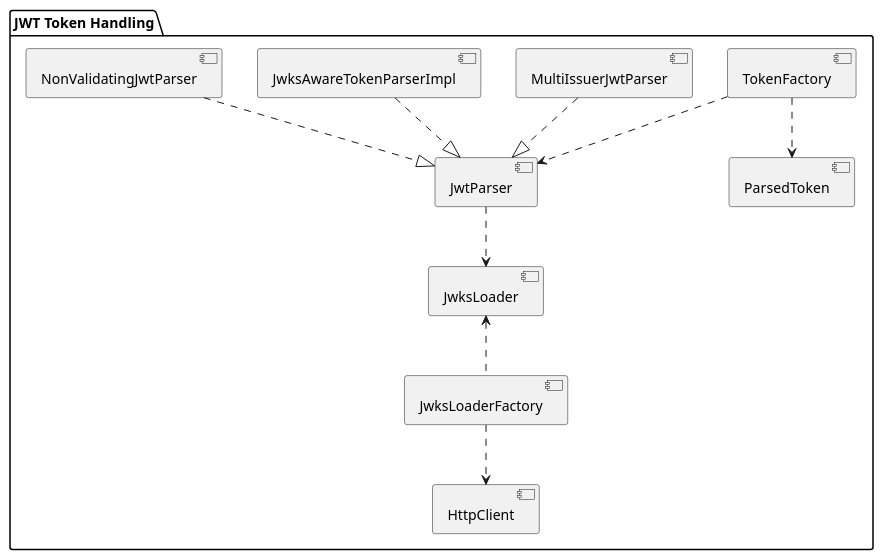
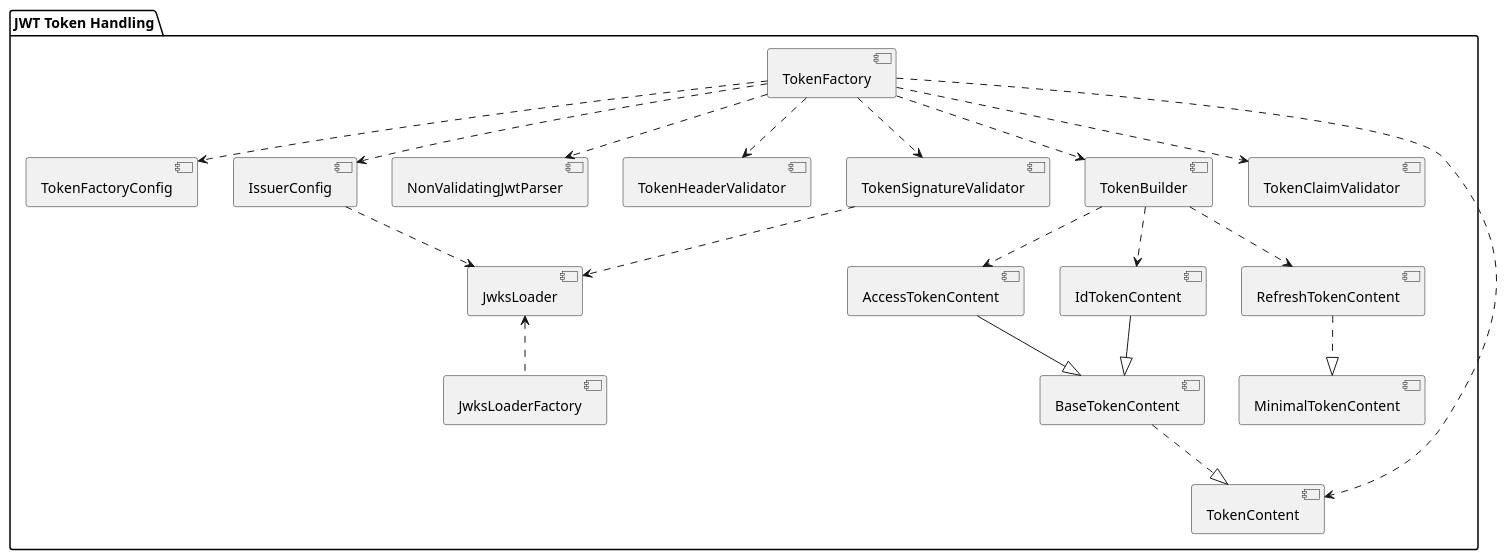
Before and after one commit to cuioss/cui-jwt-validation: the diagram in doc/Specification.adoc, drawn with PlantUML. The commit also changed other lines of this file and 54 other files, not shown here.

```diff
--- a/doc/Specification.adoc
+++ b/doc/Specification.adoc
@@ -29,15 +29,25 @@
 [plantuml]
 ....
 @startuml
 package "JWT Token Handling" {
-  [TokenFactory] ..> [JwtParser]
-  [TokenFactory] ..> [ParsedToken]
-  [MultiIssuerJwtParser] ..|> [JwtParser]
-  [JwksAwareTokenParserImpl] ..|> [JwtParser]
-  [NonValidatingJwtParser] ..|> [JwtParser]
-  [JwtParser] ..> [JwksLoader]
+  [TokenFactory] ..> [TokenFactoryConfig]
+  [TokenFactory] ..> [IssuerConfig]
+  [TokenFactory] ..> [NonValidatingJwtParser]
+  [TokenFactory] ..> [TokenHeaderValidator]
+  [TokenFactory] ..> [TokenSignatureValidator]
+  [TokenFactory] ..> [TokenBuilder]
+  [TokenFactory] ..> [TokenClaimValidator]
+  [TokenFactory] ..> [TokenContent]
+  [TokenSignatureValidator] ..> [JwksLoader]
+  [IssuerConfig] ..> [JwksLoader]
   [JwksLoader] <.. [JwksLoaderFactory]
-  [JwksLoaderFactory] ..> [HttpClient]
+  [TokenBuilder] ..> [AccessTokenContent]
+  [TokenBuilder] ..> [IdTokenContent]
+  [TokenBuilder] ..> [RefreshTokenContent]
+  [AccessTokenContent] --|> [BaseTokenContent]
+  [IdTokenContent] --|> [BaseTokenContent]
+  [BaseTokenContent] ..|> [TokenContent]
+  [RefreshTokenContent] ..|> [MinimalTokenContent]
 }
 @enduml
 ....
```
